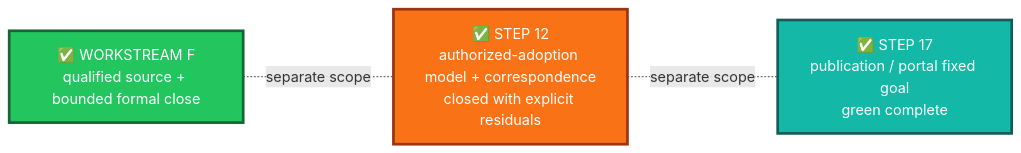
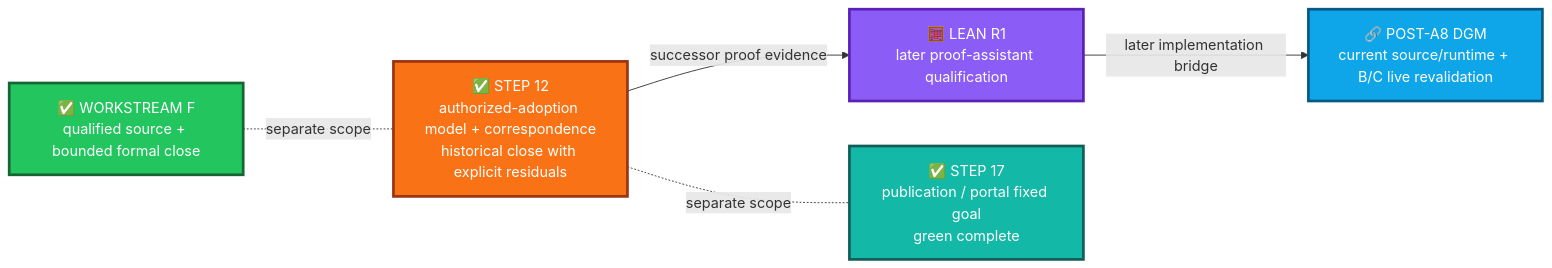
The fourth of 8 diagrams in research/thesis-reconciliation.md (kiddstechnical/ALLIS-Artificial-Learning-and-Location-Intelligence-System), drawn with Mermaid before and after one commit. The commit also changed other lines of this file, not shown here.

First line of the commit message:
Update thesis reconciliation with Lean R1 and post-A8 evidence

````diff
--- a/research/thesis-reconciliation.md
+++ b/research/thesis-reconciliation.md
@@ -720,13 +734,19 @@
 ```mermaid
 flowchart LR
     F["✅ WORKSTREAM F<br/>qualified source + bounded formal close"]:::f
-    D["✅ STEP 12<br/>authorized-adoption model + correspondence<br/>closed with explicit residuals"]:::d
+    D["✅ STEP 12<br/>authorized-adoption model + correspondence<br/>historical close with explicit residuals"]:::d
+    L["🧮 LEAN R1<br/>later proof-assistant qualification"]:::lean
+    C["🔗 POST-A8 DGM<br/>current source/runtime + B/C live revalidation"]:::corr
     P["✅ STEP 17<br/>publication / portal fixed goal<br/>green complete"]:::p
 
     F -. "separate scope" .- D
+    D -->|"successor proof evidence"| L
+    L -->|"later implementation bridge"| C
     D -. "separate scope" .- P
 
     classDef f fill:#22c55e,stroke:#166534,color:#ffffff,stroke-width:3px;
     classDef d fill:#f97316,stroke:#9a3412,color:#ffffff,stroke-width:3px;
+    classDef lean fill:#8b5cf6,stroke:#5b21b6,color:#ffffff,stroke-width:3px;
+    classDef corr fill:#0ea5e9,stroke:#075985,color:#ffffff,stroke-width:3px;
     classDef p fill:#14b8a6,stroke:#115e59,color:#ffffff,stroke-width:3px;
 ```
````
